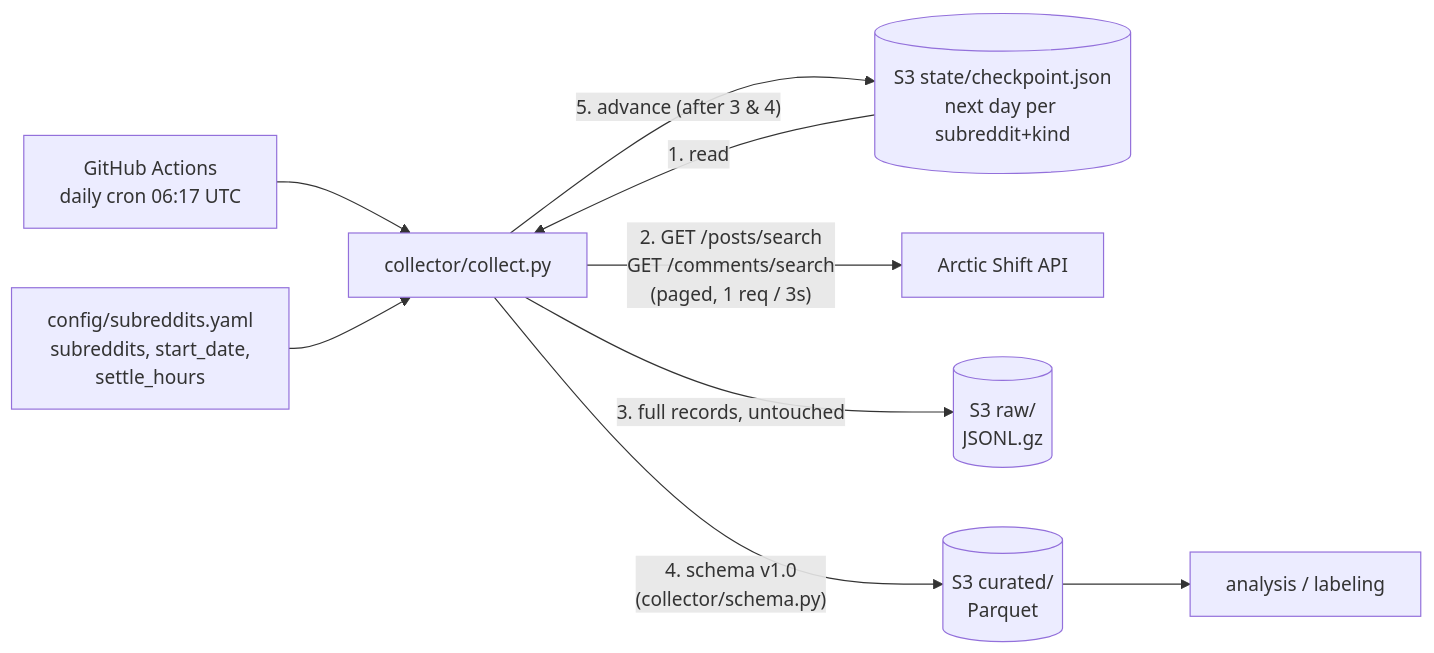
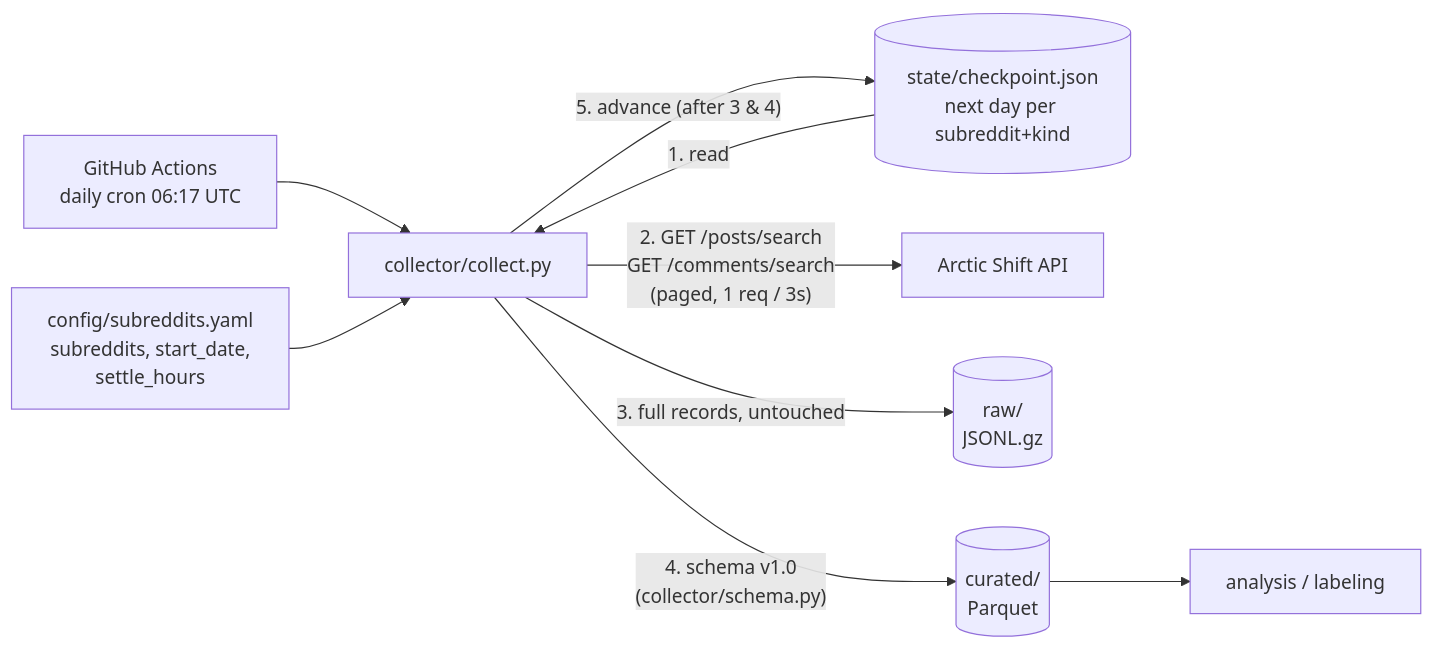
The diagram in README.md (Tsovinar1986/Ozempic), drawn with Mermaid before and after one commit.

Commit message:
Remove S3 labels from README diagram

````diff
--- a/README.md
+++ b/README.md
@@ -8,11 +8,11 @@
 ```mermaid
 flowchart LR
     cron["GitHub Actions<br/>daily cron 06:17 UTC"] --> script["collector/collect.py"]
     cfg["config/subreddits.yaml<br/>subreddits, start_date,<br/>settle_hours"] --> script
-    ckpt[("S3 state/checkpoint.json<br/>next day per subreddit+kind")] -- "1. read" --> script
+    ckpt[("state/checkpoint.json<br/>next day per subreddit+kind")] -- "1. read" --> script
     script -- "2. GET /posts/search<br/>GET /comments/search<br/>(paged, 1 req / 3s)" --> api["Arctic Shift API"]
-    script -- "3. full records, untouched" --> raw[("S3 raw/<br/>JSONL.gz")]
-    script -- "4. schema v1.0<br/>(collector/schema.py)" --> cur[("S3 curated/<br/>Parquet")]
+    script -- "3. full records, untouched" --> raw[("raw/<br/>JSONL.gz")]
+    script -- "4. schema v1.0<br/>(collector/schema.py)" --> cur[("curated/<br/>Parquet")]
     script -- "5. advance (after 3 & 4)" --> ckpt
     cur --> use["analysis / labeling"]
 ```
````
